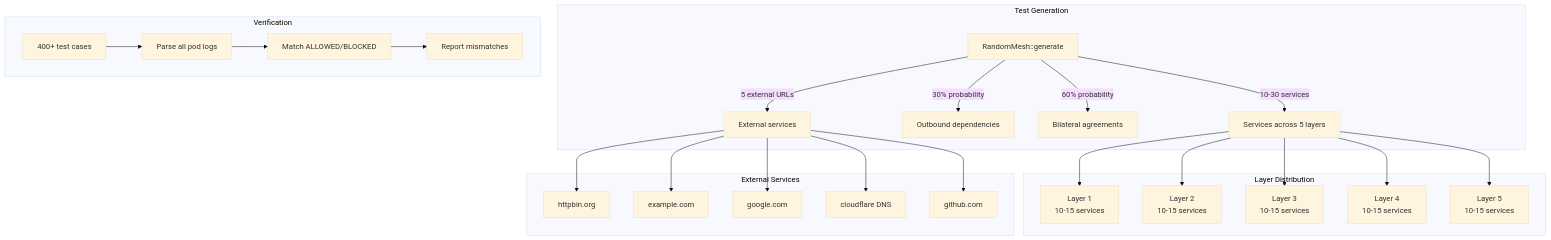
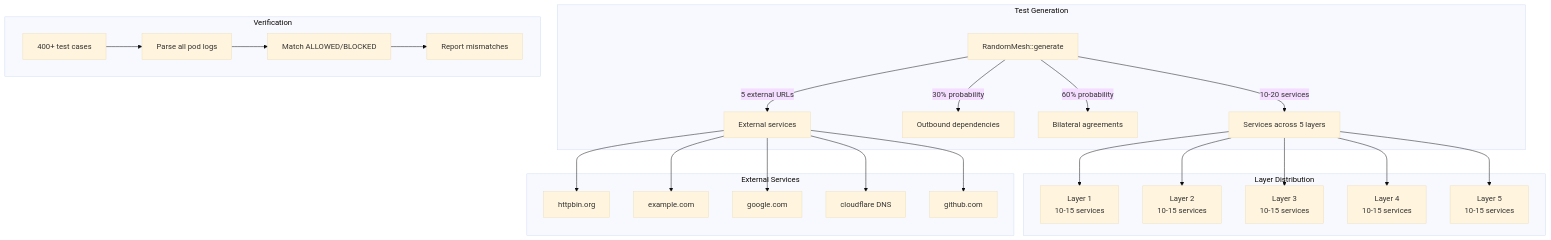
One commit to evan-hines-js/lattice changed diagram 12 of 19 in docs/e2e-tests.md. Above: the diagram before and after it, drawn with Mermaid (base theme). The commit also changed other lines of this file and 6 other files, not shown here.

````diff
--- a/docs/e2e-tests.md
+++ b/docs/e2e-tests.md
@@ -409,45 +409,45 @@
 ```mermaid
 flowchart TD
     subgraph "Test Generation"
         GEN[RandomMesh::generate]
-        GEN --> |"10-30 services"| SVC[Services across 5 layers]
+        GEN --> |"10-20 services"| SVC[Services across 5 layers]
         GEN --> |"30% probability"| OUT[Outbound dependencies]
         GEN --> |"60% probability"| BI[Bilateral agreements]
         GEN --> |"5 external URLs"| EXT[External services]
     end
 
     subgraph "Layer Distribution"
         L1[Layer 1<br/>10-15 services]
         L2[Layer 2<br/>10-15 services]
         L3[Layer 3<br/>10-15 services]
         L4[Layer 4<br/>10-15 services]
         L5[Layer 5<br/>10-15 services]
     end
 
     SVC --> L1
     SVC --> L2
     SVC --> L3
     SVC --> L4
     SVC --> L5
 
     subgraph "External Services"
         E1[httpbin.org]
         E2[example.com]
         E3[google.com]
         E4[cloudflare DNS]
         E5[github.com]
     end
 
     EXT --> E1
     EXT --> E2
     EXT --> E3
     EXT --> E4
     EXT --> E5
 
     subgraph "Verification"
         VER[400+ test cases]
         VER --> PARSE[Parse all pod logs]
         PARSE --> MATCH[Match ALLOWED/BLOCKED]
         MATCH --> REPORT[Report mismatches]
     end
 ```
````
